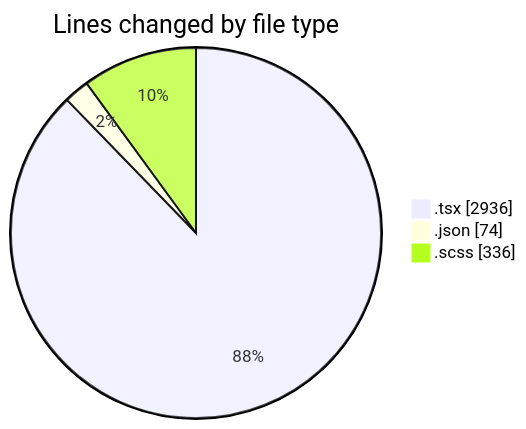
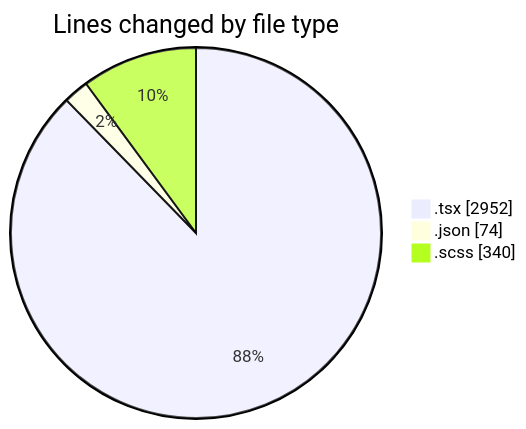
One commit to momahboobian/code-tracking changed the first of 2 diagrams in 2025-04-08/cda/README.md. Above: the diagram before and after it, drawn with Mermaid. The commit also changed other lines of this file and 1 other file, not shown here.

````diff
--- a/2025-04-08/cda/README.md
+++ b/2025-04-08/cda/README.md
@@ -29,7 +29,7 @@
 ```mermaid
 pie showData
 title Lines changed by file type
-".tsx" : 2936
+".tsx" : 2952
 ".json" : 74
-".scss" : 336
+".scss" : 340
 ```
````
